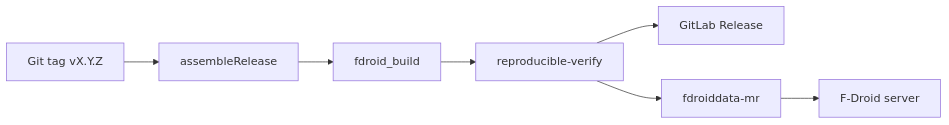
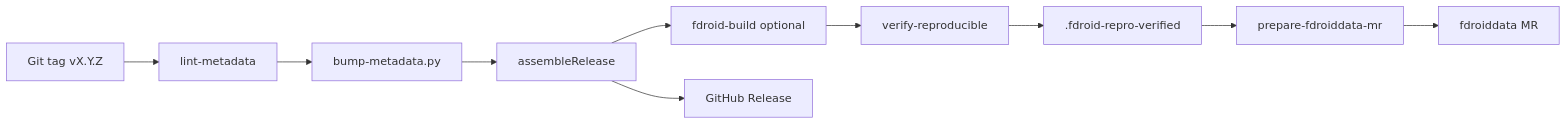
One commit to edwardlthompson/screen-wakelock-detector changed the diagram in docs/F-DROID.md. Above: the diagram before and after it, drawn with Mermaid. The commit also changed other lines of this file and 13 other files, not shown here.

````diff
--- a/docs/F-DROID.md
+++ b/docs/F-DROID.md
@@ -84,9 +90,12 @@
 ```mermaid
 flowchart LR
-  tag[Git tag vX.Y.Z] --> build[assembleRelease]
-  build --> fdroidBuild[fdroid_build]
-  fdroidBuild --> repro[reproducible-verify]
-  repro --> release[GitLab Release]
-  repro --> mr[fdroiddata-mr]
-  mr --> fdroidOrg[F-Droid server]
+  tag[Git tag vX.Y.Z] --> lint[lint-metadata]
+  lint --> bump[bump-metadata.py]
+  bump --> build[assembleRelease]
+  build --> fdroidBuild[fdroid-build optional]
+  fdroidBuild --> repro[verify-reproducible]
+  repro --> stamp[.fdroid-repro-verified]
+  stamp --> mr[prepare-fdroiddata-mr]
+  mr --> fdroidOrg[fdroiddata MR]
+  build --> ghRelease[GitHub Release]
 ```
````
